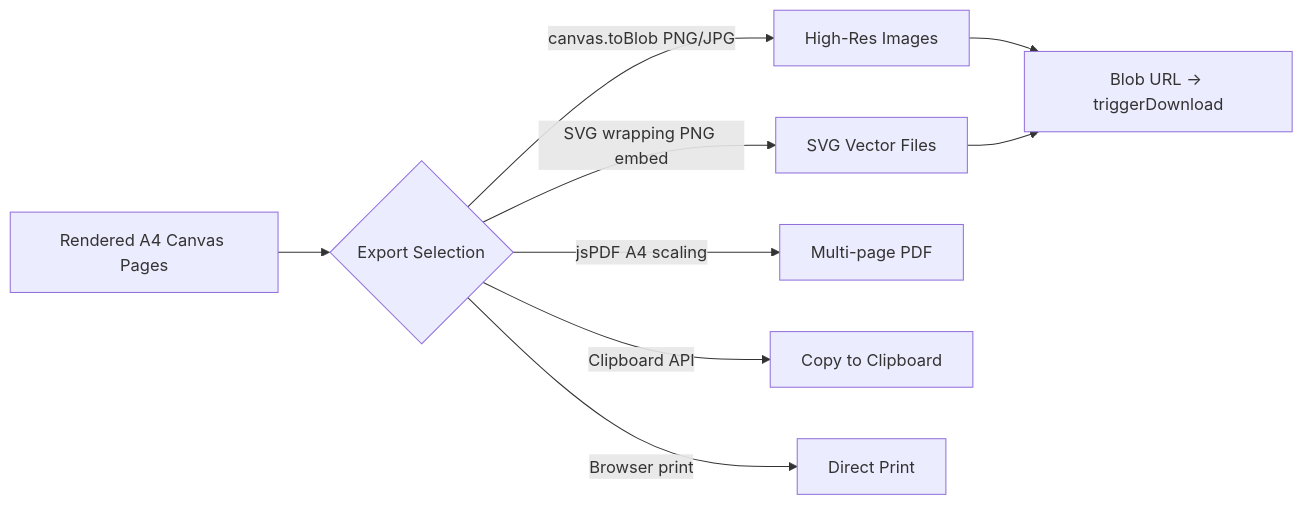
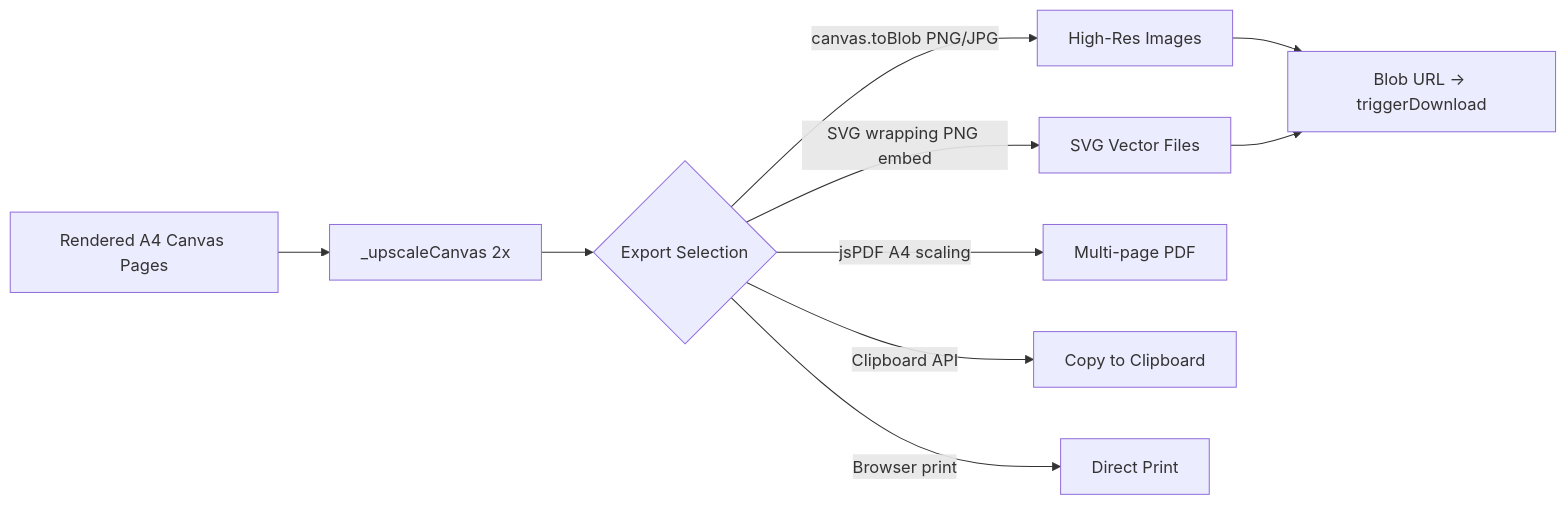
Before and after one commit to VIPHACKER100/Inkflow: the diagram in docs/export-pipelines.md, drawn with Mermaid. The commit also changed other lines of this file and 18 other files, not shown here.

Commit message:
docs: add comprehensive project documentation covering architecture, configuration, and integration guides

````diff
--- a/docs/export-pipelines.md
+++ b/docs/export-pipelines.md
@@ -9,11 +9,12 @@
 ```mermaid
 graph LR
-    A[Rendered A4 Canvas Pages] --> B{Export Selection}
+    A[Rendered A4 Canvas Pages] --> UP[_upscaleCanvas 2x]
+    UP --> B{Export Selection}
     B -->|canvas.toBlob PNG/JPG| C[High-Res Images]
     B -->|SVG wrapping PNG embed| D[SVG Vector Files]
     B -->|jsPDF A4 scaling| E[Multi-page PDF]
     B -->|Clipboard API| F[Copy to Clipboard]
     B -->|Browser print| G[Direct Print]
     C --> H[Blob URL → triggerDownload]
     D --> H
 ```
````
